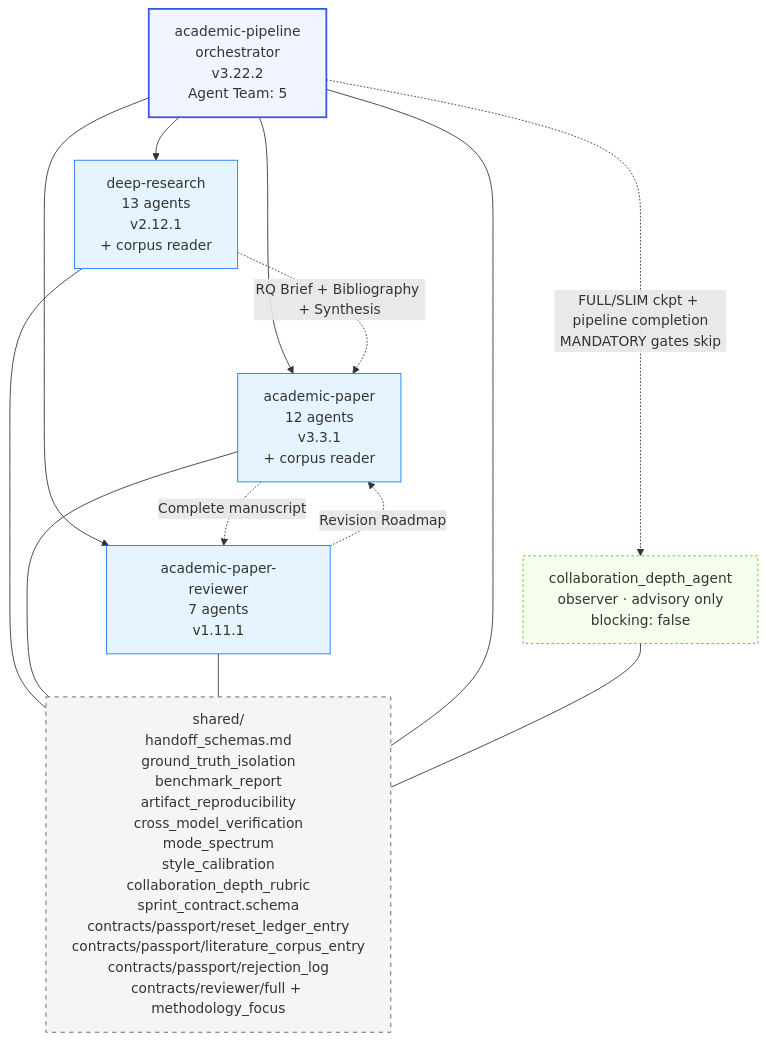
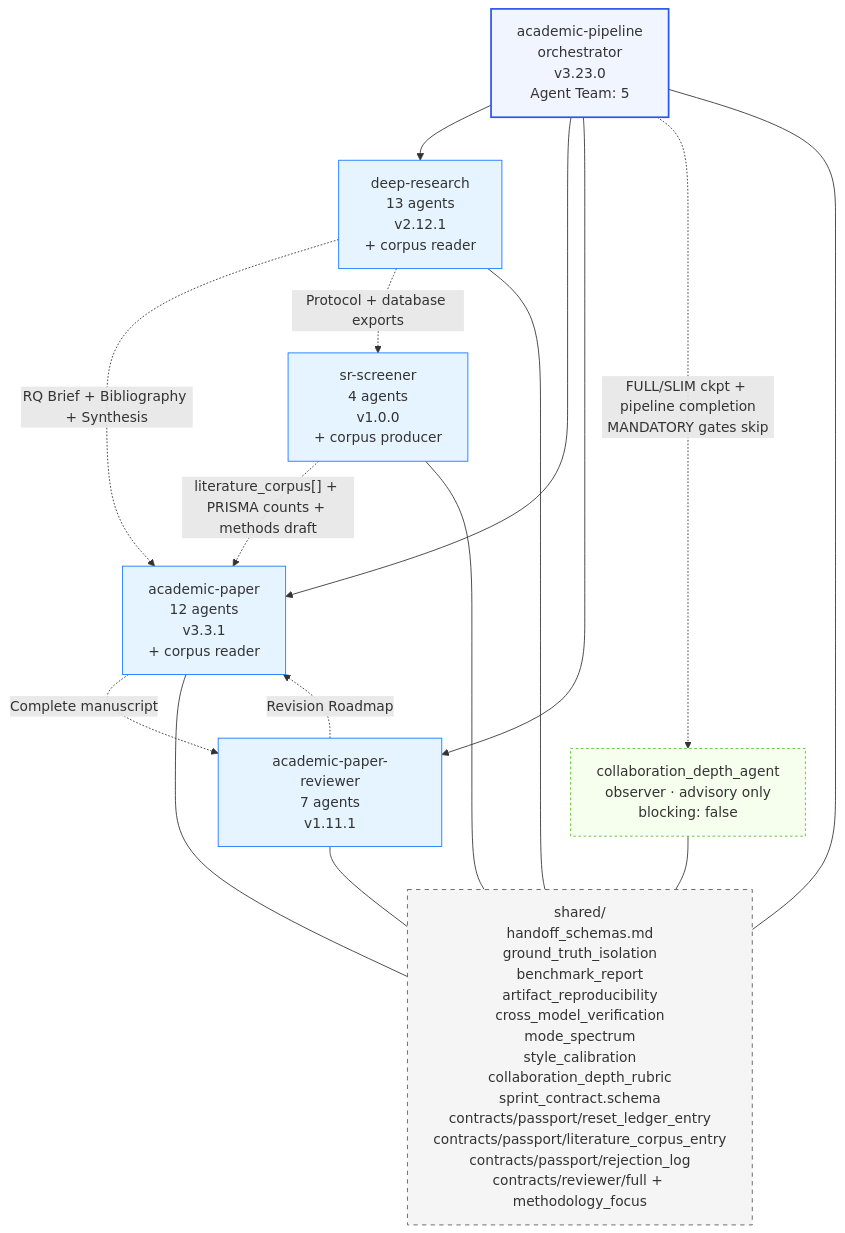
The fourth of 5 diagrams in skills/academic-research-suite/ars/docs/ARCHITECTURE.md (founderqiang/academic-research-skills-codex), drawn with Mermaid before and after one commit. The commit also changed other lines of this file and 365 other files, not shown here.

````diff
--- a/skills/academic-research-suite/ars/docs/ARCHITECTURE.md
+++ b/skills/academic-research-suite/ars/docs/ARCHITECTURE.md
@@ -218,31 +220,35 @@
 ```mermaid
 graph TD
-    Pipeline[academic-pipeline<br/>orchestrator<br/>v3.22.2<br/>Agent Team: 5]
+    Pipeline[academic-pipeline<br/>orchestrator<br/>v3.23.0<br/>Agent Team: 5]
     Observer[collaboration_depth_agent<br/>observer · advisory only<br/>blocking: false]
     DR[deep-research<br/>13 agents<br/>v2.12.1<br/>+ corpus reader]
     AP[academic-paper<br/>12 agents<br/>v3.3.1<br/>+ corpus reader]
     APR[academic-paper-reviewer<br/>7 agents<br/>v1.11.1]
+    SRS[sr-screener<br/>4 agents<br/>v1.0.0<br/>+ corpus producer]
     Shared[shared/<br/>handoff_schemas.md<br/>ground_truth_isolation<br/>benchmark_report<br/>artifact_reproducibility<br/>cross_model_verification<br/>mode_spectrum<br/>style_calibration<br/>collaboration_depth_rubric<br/>sprint_contract.schema<br/>contracts/passport/reset_ledger_entry<br/>contracts/passport/literature_corpus_entry<br/>contracts/passport/rejection_log<br/>contracts/reviewer/full + methodology_focus]
 
     Pipeline --> DR
     Pipeline --> AP
     Pipeline --> APR
     Pipeline -. "FULL/SLIM ckpt + pipeline completion<br/>MANDATORY gates skip" .-> Observer
     DR -. "RQ Brief + Bibliography + Synthesis" .-> AP
     AP -. "Complete manuscript" .-> APR
     APR -. "Revision Roadmap" .-> AP
+    DR -. "Protocol + database exports" .-> SRS
+    SRS -. "literature_corpus[] + PRISMA counts + methods draft" .-> AP
     DR --- Shared
     AP --- Shared
     APR --- Shared
     Pipeline --- Shared
     Observer --- Shared
+    SRS --- Shared
 
     classDef orch fill:#f0f5ff,stroke:#2f54eb,stroke-width:2px
     classDef skill fill:#e6f4ff,stroke:#1677ff
     classDef shared fill:#f5f5f5,stroke:#595959,stroke-dasharray:5 5
     classDef observer fill:#f6ffed,stroke:#52c41a,stroke-dasharray:3 3
     class Pipeline orch
-    class DR,AP,APR skill
+    class DR,AP,APR,SRS skill
     class Shared shared
     class Observer observer
 ```
````
